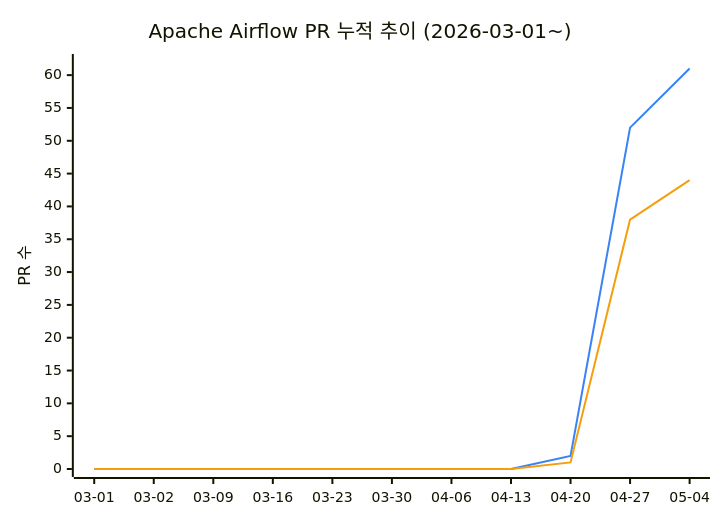
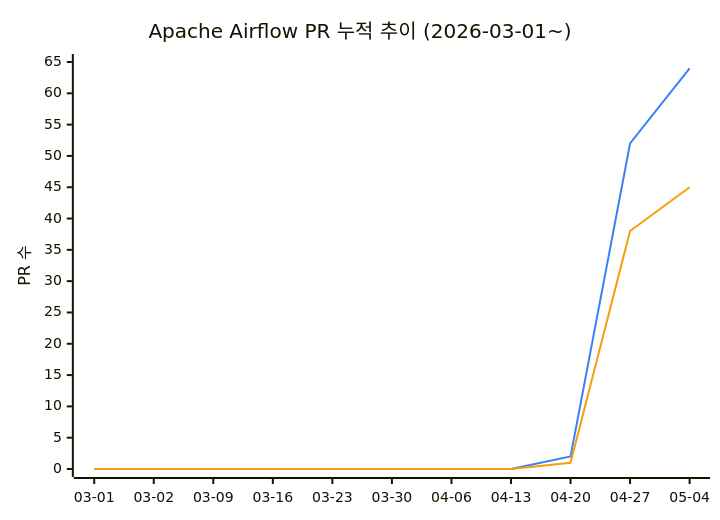
Before and after one commit to AirflowKorea/ossca: the diagram in README.md, drawn with Mermaid. The commit also changed other lines of this file, not shown here.

````diff
--- a/README.md
+++ b/README.md
@@ -11,9 +11,9 @@
 ```mermaid
 %%{init: {"themeVariables": {"xyChart": {"plotColorPalette": "#3b82f6, #f59e0b"}}}}%%
 xychart-beta
     title "Apache Airflow PR 누적 추이 (2026-03-01~)"
     x-axis ["03-01", "03-02", "03-09", "03-16", "03-23", "03-30", "04-06", "04-13", "04-20", "04-27", "05-04"]
-    y-axis "PR 수" 0 --> 62
-    line [0, 0, 0, 0, 0, 0, 0, 0, 2, 52, 61]
-    line [0, 0, 0, 0, 0, 0, 0, 0, 1, 38, 44]
+    y-axis "PR 수" 0 --> 65
+    line [0, 0, 0, 0, 0, 0, 0, 0, 2, 52, 64]
+    line [0, 0, 0, 0, 0, 0, 0, 0, 1, 38, 45]
 ```
````
